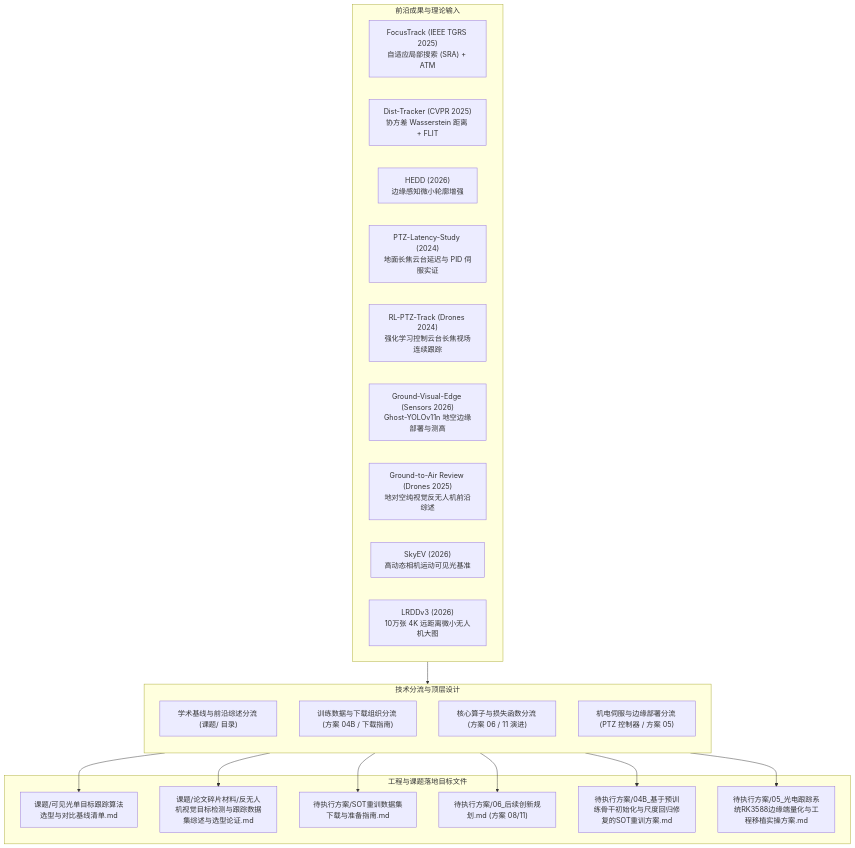
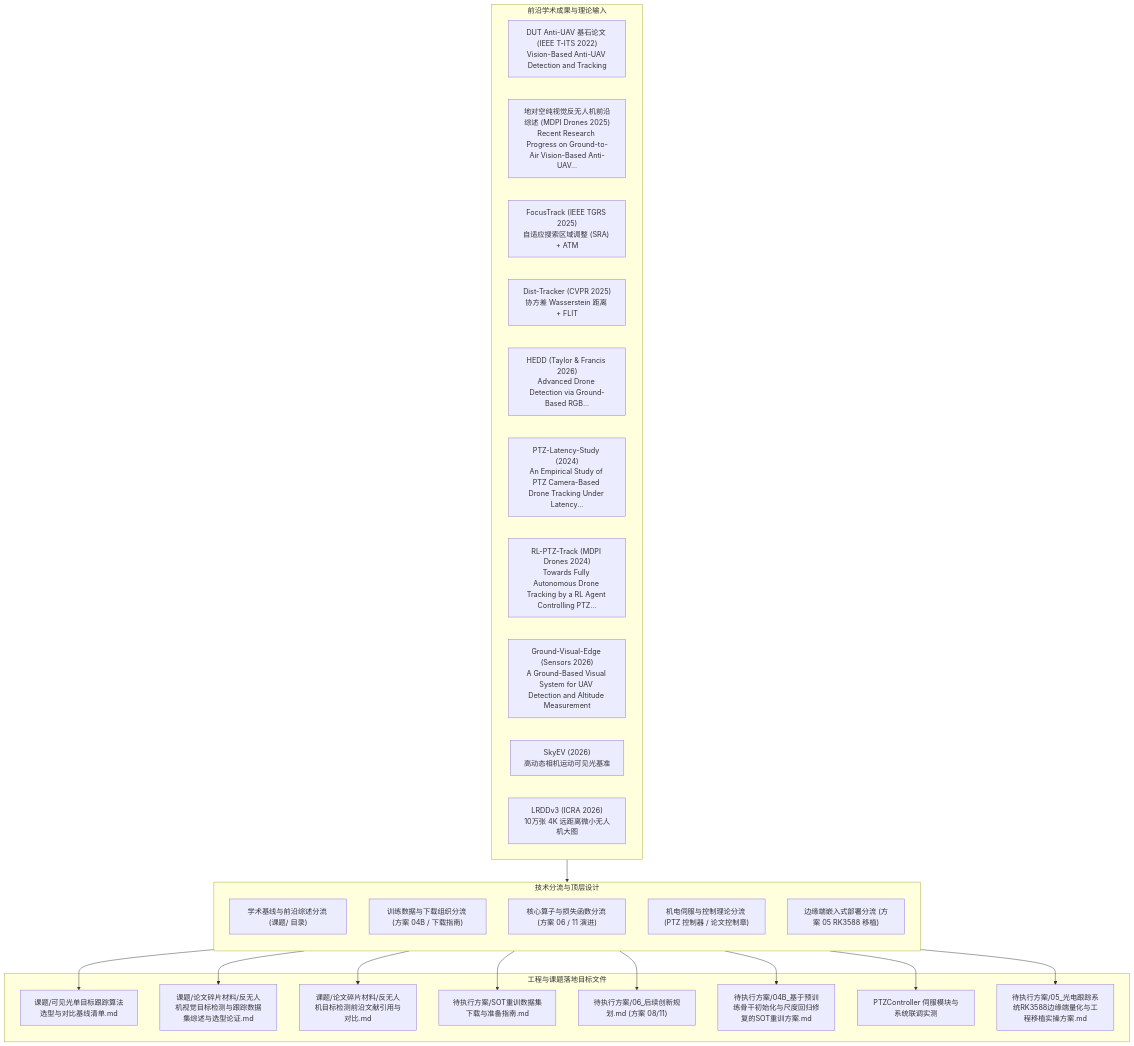
One commit to soranokiseki1437/nanhu_RGB_PTZ changed the first of 2 diagrams in 待执行方案/临时_前沿小模型与数据集纳入课题演进规划方案.md. Above: the diagram before and after it, drawn with Mermaid. The commit also changed other lines of this file and 4 other files, not shown here.

````diff
--- a/待执行方案/临时_前沿小模型与数据集纳入课题演进规划方案.md
+++ b/待执行方案/临时_前沿小模型与数据集纳入课题演进规划方案.md
@@ -17,39 +17,45 @@
 ```mermaid
 flowchart TD
-    subgraph Frontiers ["前沿成果与理论输入"]
-        M1["FocusTrack (IEEE TGRS 2025)<br/>自适应局部搜索 (SRA) + ATM"]
+    subgraph Frontiers ["前沿学术成果与理论输入"]
+        B0["DUT Anti-UAV 基石论文 (IEEE T-ITS 2022)<br/>Vision-Based Anti-UAV Detection and Tracking"]
+        D1["地对空纯视觉反无人机前沿综述 (MDPI Drones 2025)<br/>Recent Research Progress on Ground-to-Air Vision-Based Anti-UAV..."]
+        M1["FocusTrack (IEEE TGRS 2025)<br/>自适应搜索区域调整 (SRA) + ATM"]
         M2["Dist-Tracker (CVPR 2025)<br/>协方差 Wasserstein 距离 + FLIT"]
-        M3["HEDD (2026)<br/>边缘感知微小轮廓增强"]
-        M4["PTZ-Latency-Study (2024)<br/>地面长焦云台延迟与 PID 伺服实证"]
-        M5["RL-PTZ-Track (Drones 2024)<br/>强化学习控制云台长焦视场连续跟踪"]
-        M6["Ground-Visual-Edge (Sensors 2026)<br/>Ghost-YOLOv11n 地空边缘部署与测高"]
-        D1["Ground-to-Air Review (Drones 2025)<br/>地对空纯视觉反无人机前沿综述"]
+        M3["HEDD (Taylor & Francis 2026)<br/>Advanced Drone Detection via Ground-Based RGB..."]
+        M4["PTZ-Latency-Study (2024)<br/>An Empirical Study of PTZ Camera-Based Drone Tracking Under Latency..."]
+        M5["RL-PTZ-Track (MDPI Drones 2024)<br/>Towards Fully Autonomous Drone Tracking by a RL Agent Controlling PTZ..."]
+        M6["Ground-Visual-Edge (Sensors 2026)<br/>A Ground-Based Visual System for UAV Detection and Altitude Measurement"]
         D2["SkyEV (2026)<br/>高动态相机运动可见光基准"]
-        D3["LRDDv3 (2026)<br/>10万张 4K 远距离微小无人机大图"]
+        D3["LRDDv3 (ICRA 2026)<br/>10万张 4K 远距离微小无人机大图"]
     end
 
     subgraph MetaPlan ["技术分流与顶层设计"]
         direction TB
         L1["学术基线与前沿综述分流 (课题/ 目录)"]
         L2["训练数据与下载组织分流 (方案 04B / 下载指南)"]
         L3["核心算子与损失函数分流 (方案 06 / 11 演进)"]
-        L4["机电伺服与边缘部署分流 (PTZ 控制器 / 方案 05)"]
+        L4["机电伺服与控制理论分流 (PTZ 控制器 / 论文控制章)"]
+        L5["边缘端嵌入式部署分流 (方案 05 RK3588 移植)"]
     end
 
     subgraph Targets ["工程与课题落地目标文件"]
         T1["课题/可见光单目标跟踪算法选型与对比基线清单.md"]
         T2["课题/论文碎片材料/反无人机视觉目标检测与跟踪数据集综述与选型论证.md"]
-        T3["待执行方案/SOT重训数据集下载与准备指南.md"]
-        T4["待执行方案/06_后续创新规划.md (方案 08/11)"]
-        T5["待执行方案/04B_基于预训练骨干初始化与尺度回归修复的SOT重训方案.md"]
-        T6["待执行方案/05_光电跟踪系统RK3588边缘端量化与工程移植实操方案.md"]
+        T3["课题/论文碎片材料/反无人机目标检测前沿文献引用与对比.md"]
+        T4["待执行方案/SOT重训数据集下载与准备指南.md"]
+        T5["待执行方案/06_后续创新规划.md (方案 08/11)"]
+        T6["待执行方案/04B_基于预训练骨干初始化与尺度回归修复的SOT重训方案.md"]
+        T7["PTZController 伺服模块与系统联调实测"]
+        T8["待执行方案/05_光电跟踪系统RK3588边缘端量化与工程移植实操方案.md"]
     end
 
     Frontiers --> MetaPlan
     L1 --> T1
     L1 --> T2
-    L2 --> T3
-    L3 --> T4
+    L1 --> T3
+    L2 --> T4
     L3 --> T5
-    L4 --> T6
+    L3 --> T6
+    L4 --> T7
+    L5 --> T8
 ```
````
